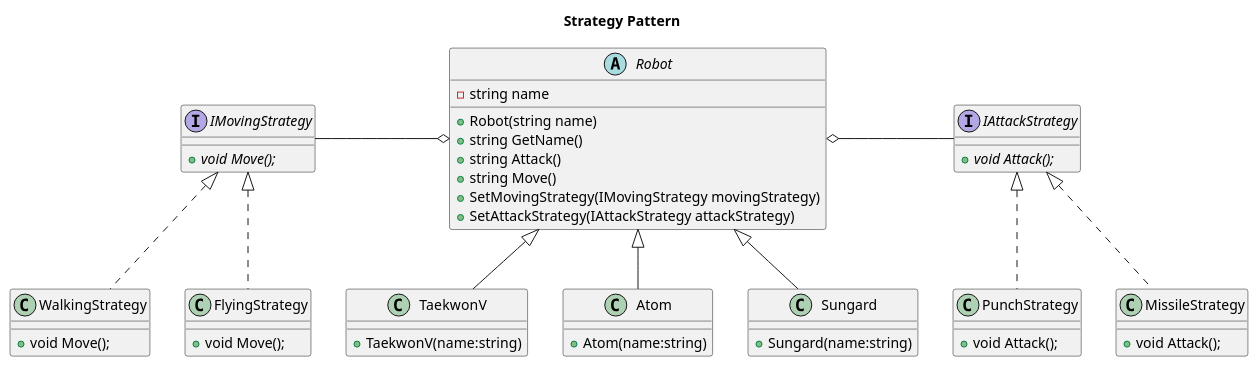
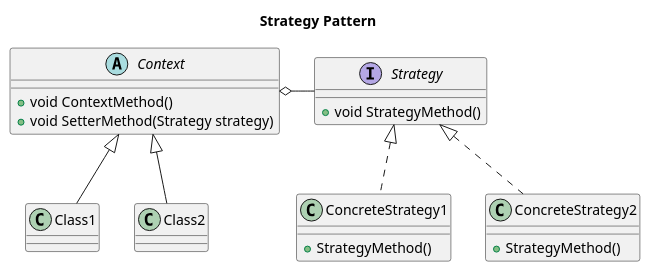
The diagram in Strategy/Strategy.puml (hc0517z/DesignPattern), drawn with PlantUML before and after one commit. The commit also changed 2 other files, not shown here.

Commit message:
* commit Strategy pattern uml update

```diff
--- a/Strategy/Strategy.puml
+++ b/Strategy/Strategy.puml
@@ -1,74 +1,34 @@
 @startuml
 
 title Strategy Pattern
 
-interface IMovingStrategy
+abstract class Context
 {
-    + {abstract} void Move();
+    + void ContextMethod()
+    + void SetterMethod(Strategy strategy)
 }
 
-class WalkingStrategy
+Context <|-- Class1
+Context <|-- Class2
+
+interface Strategy
 {
-    + void Move();
+    + void StrategyMethod()
 }
 
-class FlyingStrategy
+class ConcreteStrategy1
 {
-    + void Move();
+    + StrategyMethod()
 }
 
-IMovingStrategy <|.. WalkingStrategy
-IMovingStrategy <|.. FlyingStrategy
-
-interface IAttackStrategy
+class ConcreteStrategy2
 {
-    + {abstract} void Attack();
+    + StrategyMethod()
 }
 
-class PunchStrategy
-{
-    + void Attack();
-}
+Context o-right- Strategy
 
-class MissileStrategy
-{
-    + void Attack();
-}
-
-IAttackStrategy <|.. PunchStrategy
-IAttackStrategy <|.. MissileStrategy
-
-abstract class Robot
-{
-    - string name
-    + Robot(string name)
-    + string GetName()
-    + string Attack()
-    + string Move()
-    + SetMovingStrategy(IMovingStrategy movingStrategy)
-    + SetAttackStrategy(IAttackStrategy attackStrategy)
-}
-
-Robot o-left- IMovingStrategy
-Robot o-right- IAttackStrategy
-
-class TaekwonV
-{
-    +TaekwonV(name:string)
-}
-
-class Atom
-{
-    +Atom(name:string)
-}
-
-class Sungard
-{
-    +Sungard(name:string)
-}
-
-Robot <|-- TaekwonV
-Robot <|-- Atom
-Robot <|-- Sungard
+Strategy <|.. ConcreteStrategy1
+Strategy <|.. ConcreteStrategy2
 
 @enduml
```
